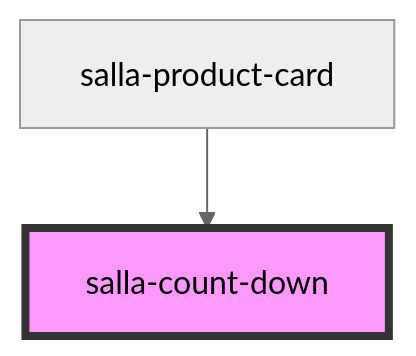
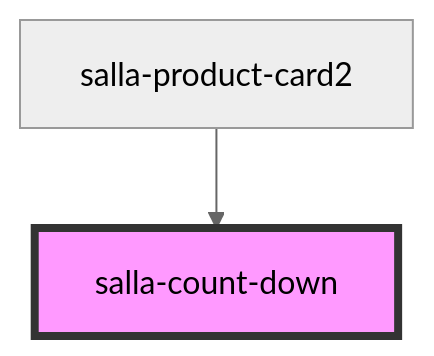
The diagram in src/components/salla-count-down/readme.md (Almo7aya/twilight-components_test), drawn with Mermaid (neutral theme) before and after one commit. The commit also changed other lines of this file and 6 other files, not shown here.

````diff
--- a/src/components/salla-count-down/readme.md
+++ b/src/components/salla-count-down/readme.md
@@ -42,5 +42,5 @@
 ```mermaid
 graph TD;
-  salla-product-card --> salla-count-down
+  salla-product-card2 --> salla-count-down
   style salla-count-down fill:#f9f,stroke:#333,stroke-width:4px
 ```
````
